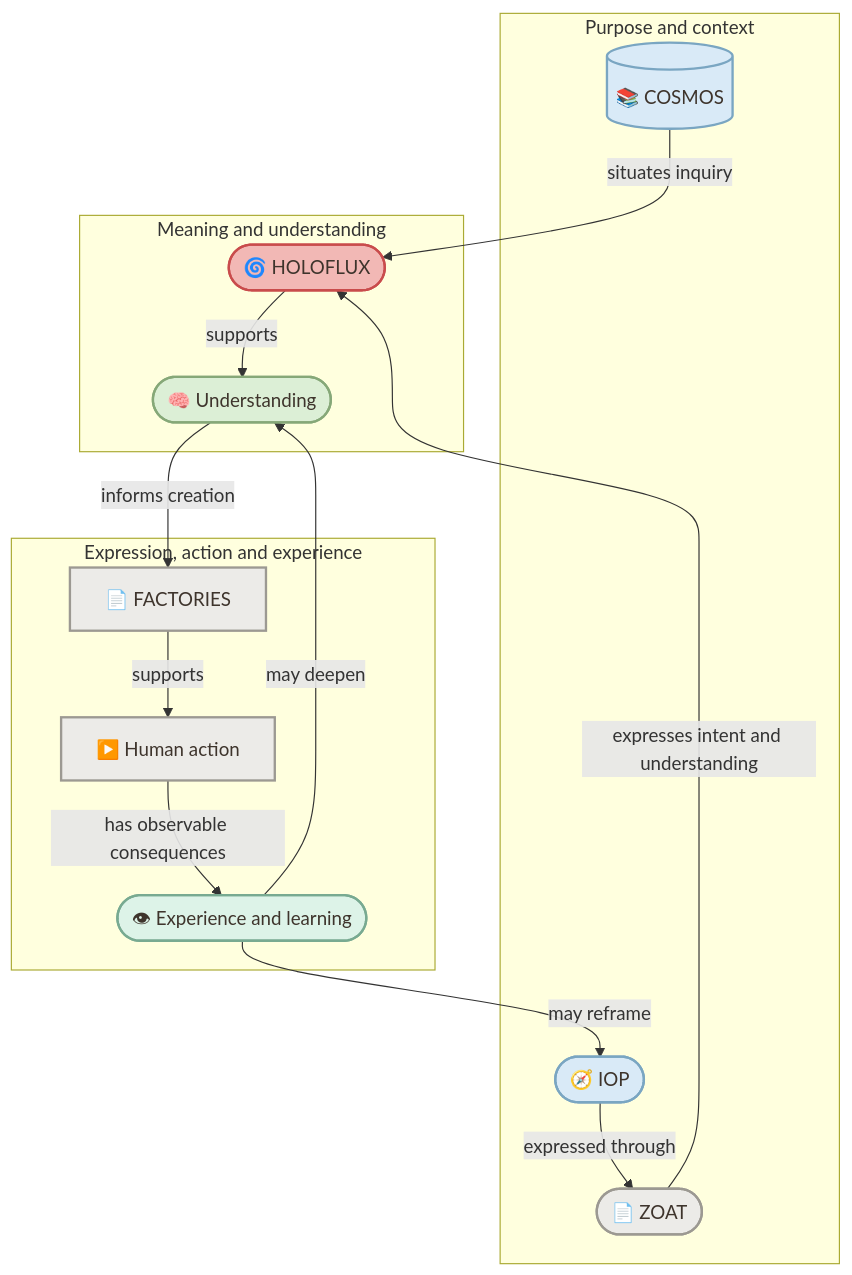
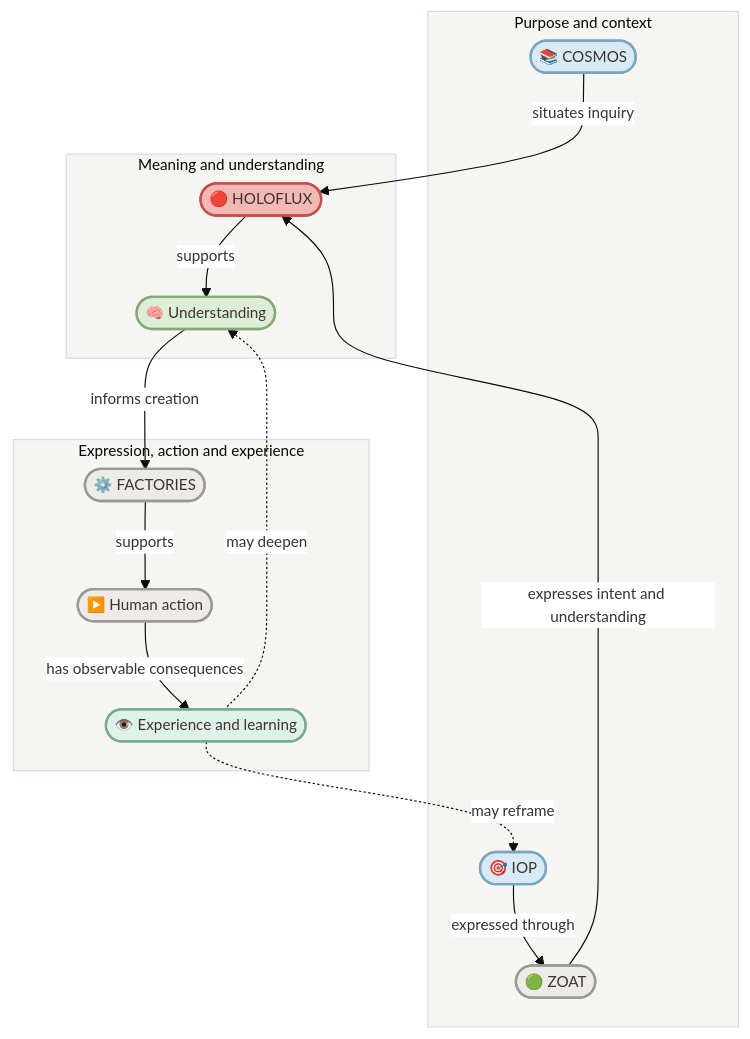
The first of 2 diagrams in README.md (enogrob/project-holoflux), drawn with Mermaid before and after one commit. The commit also changed other lines of this file, not shown here.

````diff
--- a/README.md
+++ b/README.md
@@ -47,32 +47,33 @@
 ```mermaid
+%%{init: {"theme": "base", "themeVariables": {"fontSize": "13px", "clusterBkg": "#F5F5F2", "edgeLabelBackground": "#FFFFFF"}, "flowchart": {"wrappingWidth": 200, "minNodeWidth": 0, "padding": 8}}}%%
 flowchart TD
     subgraph Orientation["Purpose and context"]
-      C[(📚 COSMOS)]:::context
-      I([🧭 IOP]):::context
-      Z([📄 ZOAT]):::projection
+      C([📚 COSMOS]):::context
+      I([🎯 IOP]):::context
+      Z([🟢 ZOAT]):::projection
     end
     subgraph Meaning["Meaning and understanding"]
-      H([🌀 HOLOFLUX]):::holoflux
+      H([🔴 HOLOFLUX]):::holoflux
       U([🧠 Understanding]):::understanding
     end
     subgraph Realization["Expression, action and experience"]
-      F[📄 FACTORIES]:::projection
-      A[▶️ Human action]:::projection
-      L([👁 Experience and learning]):::observation
+      F([⚙️ FACTORIES]):::projection
+      A([▶️ Human action]):::projection
+      L([👁️ Experience and learning]):::observation
     end
     I -->|expressed through| Z
     C -->|situates inquiry| H
     Z -->|expresses intent and understanding| H
     H -->|supports| U
     U -->|informs creation| F
     F -->|supports| A
     A -->|has observable consequences| L
-    L -->|may deepen| U
-    L -->|may reframe| I
+    L -. may deepen .-> U
+    L -. may reframe .-> I
 
     classDef context fill:#D9EAF7,stroke:#7AA6C2,color:#3E342C,stroke-width:2px;
     classDef understanding fill:#DCEFD6,stroke:#86A878,color:#3E342C,stroke-width:2px;
     classDef holoflux fill:#F2B8B5,stroke:#C94C4C,color:#3E342C,stroke-width:2px;
     classDef projection fill:#ECEBE8,stroke:#9C9992,color:#3E342C,stroke-width:2px;
     classDef observation fill:#DDF3E8,stroke:#78AA91,color:#3E342C,stroke-width:2px;
 ```
````
